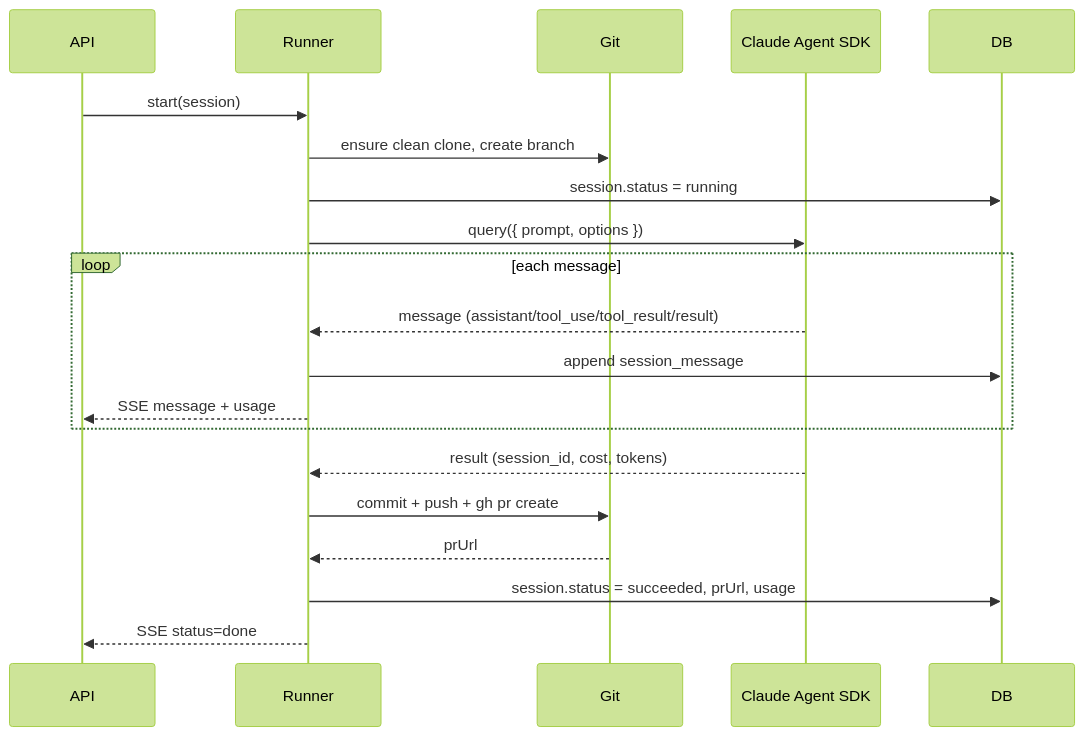
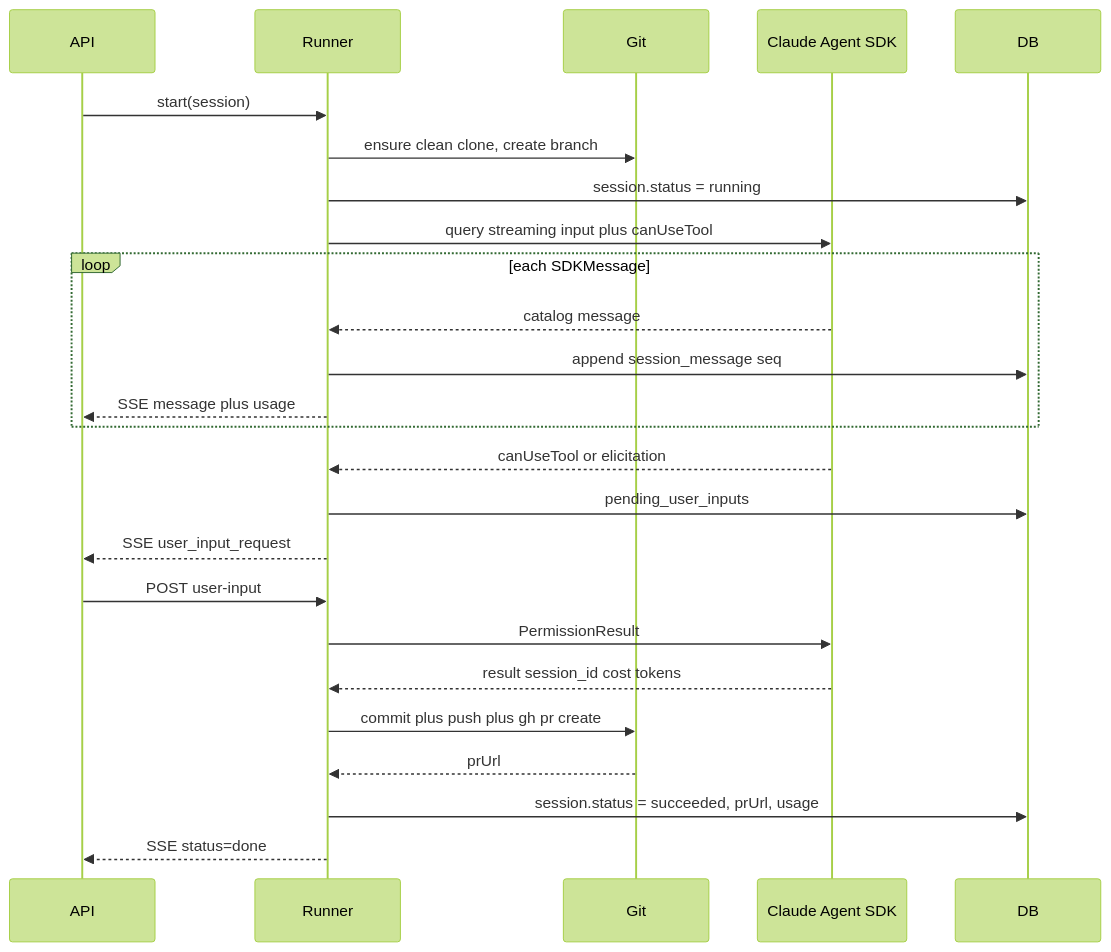
One commit to azweb76/claude-assistant changed the second of 3 diagrams in docs/architecture.md. Above: the diagram before and after it, drawn with Mermaid (forest theme). The commit also changed other lines of this file and 13 other files, not shown here.

First line of the commit message:
docs(backlog): full Claude session chat catalog (#2)

````diff
--- a/docs/architecture.md
+++ b/docs/architecture.md
@@ -164,22 +173,27 @@
 ```mermaid
 sequenceDiagram
   participant API
   participant Runner
   participant Git
   participant SDK as Claude Agent SDK
   participant DB
   API->>Runner: start(session)
   Runner->>Git: ensure clean clone, create branch
   Runner->>DB: session.status = running
-  Runner->>SDK: query({ prompt, options })
-  loop each message
-    SDK-->>Runner: message (assistant/tool_use/tool_result/result)
-    Runner->>DB: append session_message
-    Runner-->>API: SSE message + usage
+  Runner->>SDK: query streaming input plus canUseTool
+  loop each SDKMessage
+    SDK-->>Runner: catalog message
+    Runner->>DB: append session_message seq
+    Runner-->>API: SSE message plus usage
   end
-  SDK-->>Runner: result (session_id, cost, tokens)
-  Runner->>Git: commit + push + gh pr create
+  SDK-->>Runner: canUseTool or elicitation
+  Runner->>DB: pending_user_inputs
+  Runner-->>API: SSE user_input_request
+  API->>Runner: POST user-input
+  Runner->>SDK: PermissionResult
+  SDK-->>Runner: result session_id cost tokens
+  Runner->>Git: commit plus push plus gh pr create
   Git-->>Runner: prUrl
   Runner->>DB: session.status = succeeded, prUrl, usage
   Runner-->>API: SSE status=done
 ```
````
